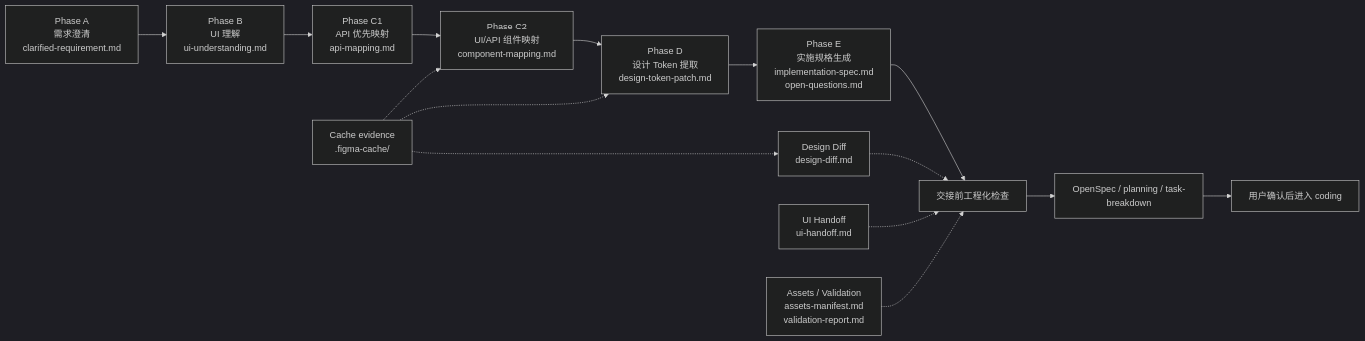
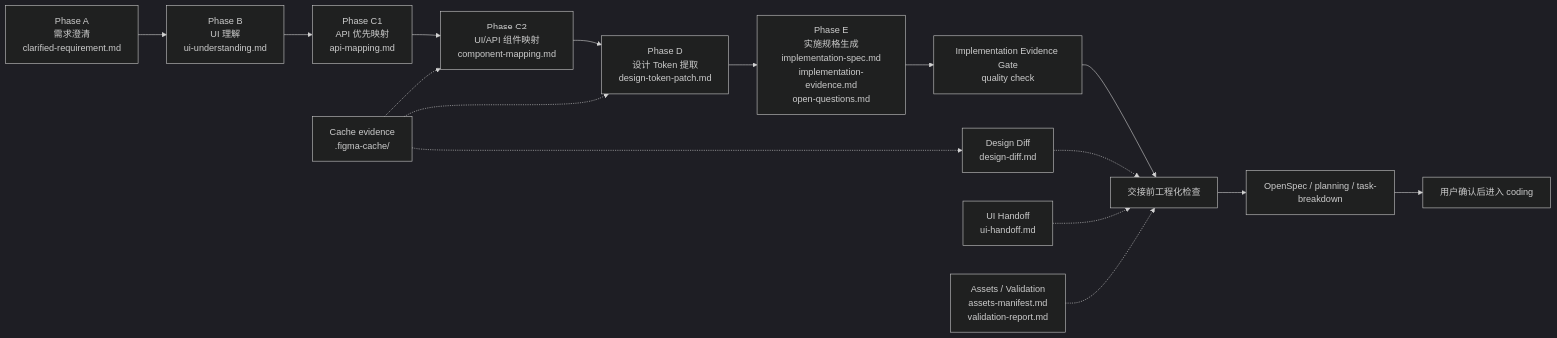
One commit to nightsu/ora-figma-skills changed the diagram in README.md. Above: the diagram before and after it, drawn with Mermaid (dark theme). The commit also changed other lines of this file and 5 other files, not shown here.

Commit message:
docs: sync readmes with evidence gate

````diff
--- a/README.md
+++ b/README.md
@@ -11,19 +11,20 @@
 ```mermaid
 flowchart LR
   A["Phase A<br/>需求澄清<br/>clarified-requirement.md"] --> B["Phase B<br/>UI 理解<br/>ui-understanding.md"]
   B --> C1["Phase C1<br/>API 优先映射<br/>api-mapping.md"]
   C1 --> C2["Phase C2<br/>UI/API 组件映射<br/>component-mapping.md"]
   C2 --> D["Phase D<br/>设计 Token 提取<br/>design-token-patch.md"]
-  D --> E["Phase E<br/>实施规格生成<br/>implementation-spec.md<br/>open-questions.md"]
+  D --> E["Phase E<br/>实施规格生成<br/>implementation-spec.md<br/>implementation-evidence.md<br/>open-questions.md"]
 
   Cache["Cache evidence<br/>.figma-cache/"] -.-> C2
   Cache -.-> D
   Cache -.-> Diff["Design Diff<br/>design-diff.md"]
   Diff -.-> Gate["交接前工程化检查"]
+  E --> EvidenceGate["Implementation Evidence Gate<br/>quality check"]
+  EvidenceGate --> Gate
   UIHandoff["UI Handoff<br/>ui-handoff.md"] -.-> Gate
   Assets["Assets / Validation<br/>assets-manifest.md<br/>validation-report.md"] -.-> Gate
 
-  E --> Gate
   Gate --> Planning["OpenSpec / planning / task-breakdown"]
   Planning --> Coding["用户确认后进入 coding"]
 ```
````
